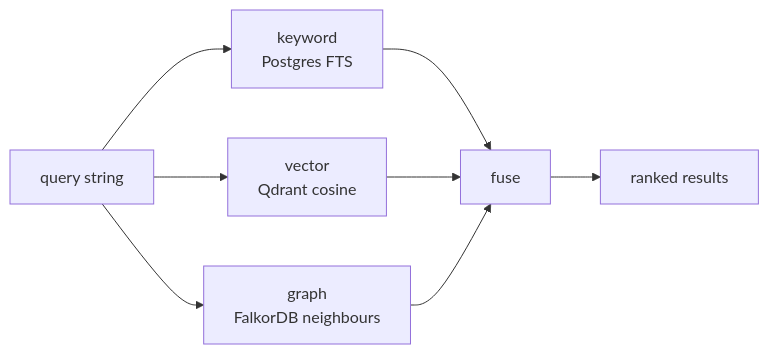
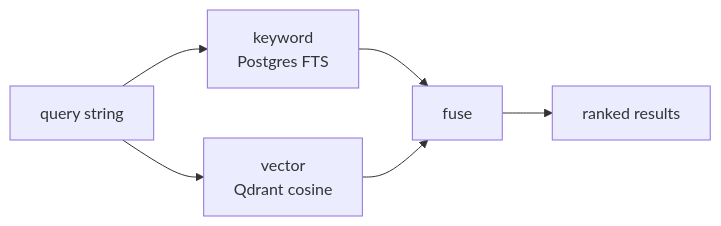
One commit to azrtydxb/novamem changed the diagram in packages/docs-site/architecture/hybrid-search.md. Above: the diagram before and after it, drawn with Mermaid. The commit also changed other lines of this file and 50 other files, not shown here.

````diff
--- a/packages/docs-site/architecture/hybrid-search.md
+++ b/packages/docs-site/architecture/hybrid-search.md
@@ -11,10 +11,8 @@
 ```mermaid
 flowchart LR
     Q[query string] --> K[keyword<br/>Postgres FTS]
     Q --> V[vector<br/>Qdrant cosine]
-    Q --> G[graph<br/>FalkorDB neighbours]
     K --> F[fuse]
     V --> F
-    G --> F
     F --> R[ranked results]
 ```
````
